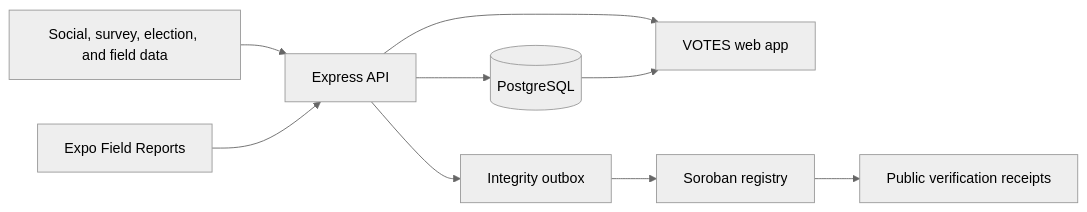
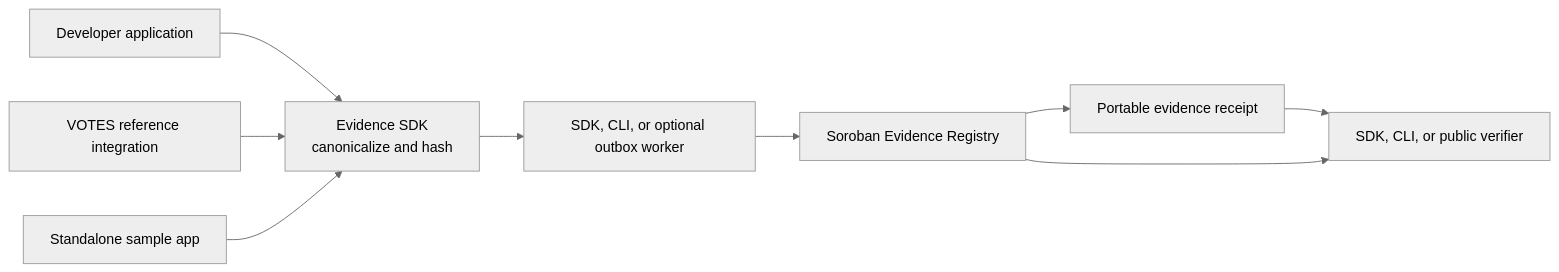
The diagram in README.md (FWDP/votes-pulse-project), drawn with Mermaid (neutral theme) before and after one commit. The commit also changed other lines of this file, not shown here.

Commit message:
docs: align README with Stellar Evidence Kit proposal

````diff
--- a/README.md
+++ b/README.md
@@ -52,11 +59,11 @@
 ```mermaid
 flowchart LR
-  Sources[Social, survey, election, and field data] --> API[Express API]
-  Mobile[Expo Field Reports] --> API
-  API --> DB[(PostgreSQL)]
-  API --> Web[VOTES web app]
-  API --> Outbox[Integrity outbox]
-  Outbox --> Soroban[Soroban registry]
-  Soroban --> Verify[Public verification receipts]
-  DB --> Web
+  App[Developer application] --> Hash[Evidence SDK<br/>canonicalize and hash]
+  Hash --> Submit[SDK, CLI, or optional outbox worker]
+  Submit --> Contract[Soroban Evidence Registry]
+  Contract --> Receipt[Portable evidence receipt]
+  Receipt --> Verify[SDK, CLI, or public verifier]
+  Contract --> Verify
+  VOTES[VOTES reference integration] --> Hash
+  Sample[Standalone sample app] --> Hash
 ```
````
